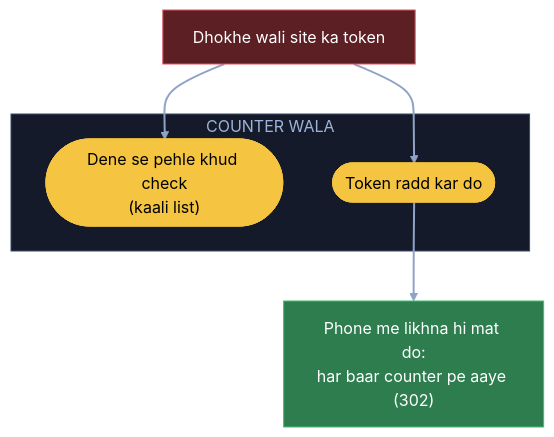
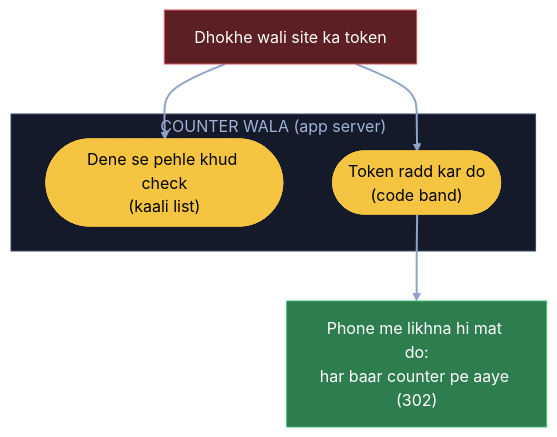
One commit to ArpanMaheshwari144/Prep changed diagram 12 of 14 in 04_HLD/SYSTEM_DESIGNS/01_url_shortener/01_url_shortener.md. Above: the diagram before and after it, drawn with Mermaid. The commit also changed other lines of this file and 1 other file, not shown here.

Commit message:
URL main = hand notes + har kadam ka diagram (kahani shabd, bracket me naam); build_main.py se banti

````diff
--- a/04_HLD/SYSTEM_DESIGNS/01_url_shortener/01_url_shortener.md
+++ b/04_HLD/SYSTEM_DESIGNS/01_url_shortener/01_url_shortener.md
@@ -473,18 +430,18 @@
 ```mermaid
 flowchart TB
     T["Dhokhe wali site ka token"]:::bad
-    subgraph CW["COUNTER WALA"]
+    subgraph CW["COUNTER WALA (app server)"]
         K(["Dene se pehle khud check<br/>(kaali list)"]):::pill
-        R(["Token radd kar do"]):::pill
+        R(["Token radd kar do<br/>(code band)"]):::pill
     end
     PH["Phone me likhna hi mat do:<br/>har baar counter pe aaye (302)"]:::good
     T --> K
     T --> R
     R --> PH
     linkStyle default stroke:#8fa3c7,stroke-width:2px
     classDef card fill:#1e2638,stroke:#3a4a6b,color:#e8ecf5
     classDef pill fill:#f5c542,stroke:#f5c542,color:#000
     classDef good fill:#2e7d4f,stroke:#3fbf6f,color:#fff
     classDef bad fill:#5c1f24,stroke:#e05561,color:#fff
     style CW fill:#141a29,stroke:#3a4a6b,color:#9fb3d9
 ```
````
